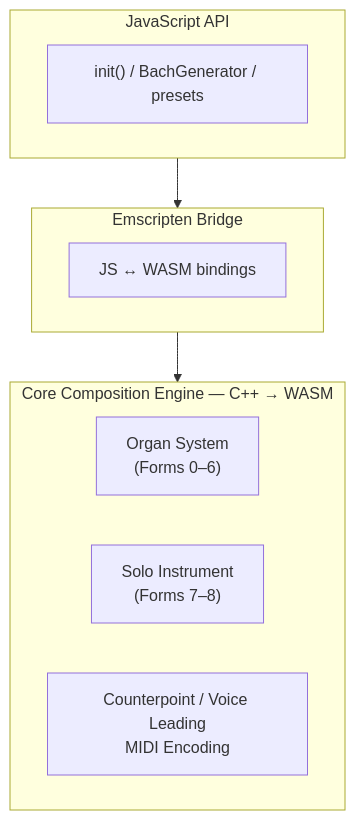
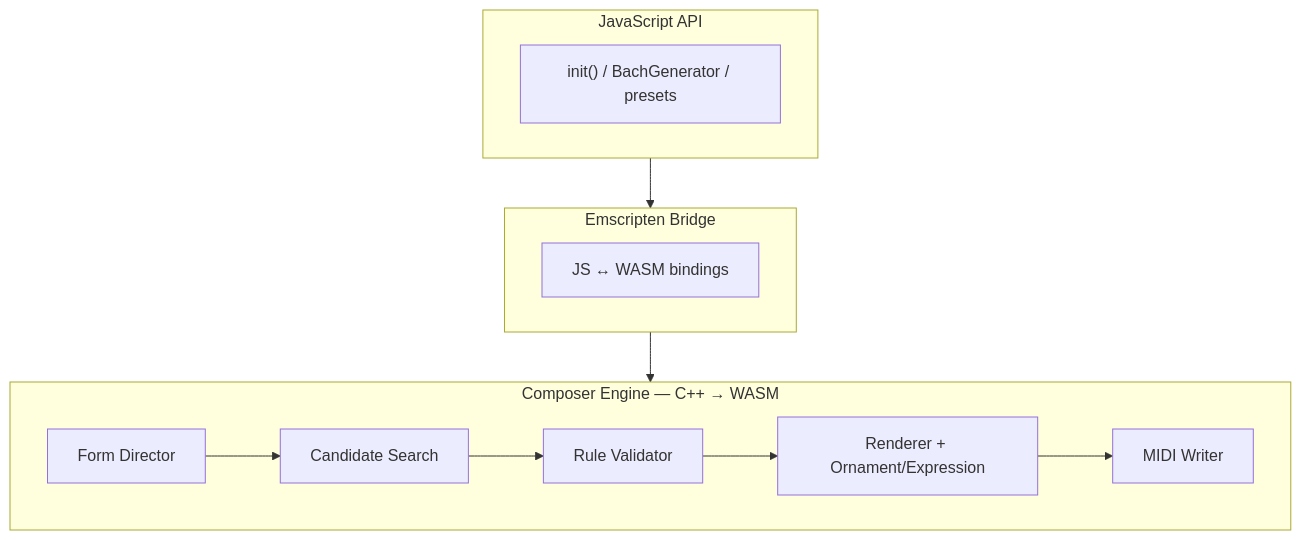
Before and after one commit to libraz/midi-sketch-bach-homepage: the diagram in src/docs/architecture.md, drawn with Mermaid. The commit also changed other lines of this file and 34 other files, not shown here.

First line of the commit message:
Swap in the composer-based WASM engine and update UI and docs

````diff
--- a/src/docs/architecture.md
+++ b/src/docs/architecture.md
@@ -16,15 +16,18 @@
 ```mermaid
 graph TD
     subgraph JS["JavaScript API"]
         A["init() / BachGenerator / presets"]
     end
     subgraph EM["Emscripten Bridge"]
         B["JS ↔ WASM bindings"]
     end
-    subgraph CORE["Core Composition Engine — C++ → WASM"]
-        C["Organ System<br>(Forms 0–6)"]
-        D["Solo Instrument<br>(Forms 7–8)"]
-        E["Counterpoint / Voice Leading<br>MIDI Encoding"]
+    subgraph CORE["Composer Engine — C++ → WASM"]
+        C["Form Director"]
+        D["Candidate Search"]
+        E["Rule Validator"]
+        F["Renderer + Ornament/Expression"]
+        G["MIDI Writer"]
+        C --> D --> E --> F --> G
     end
     JS --> EM --> CORE
 ```
````
